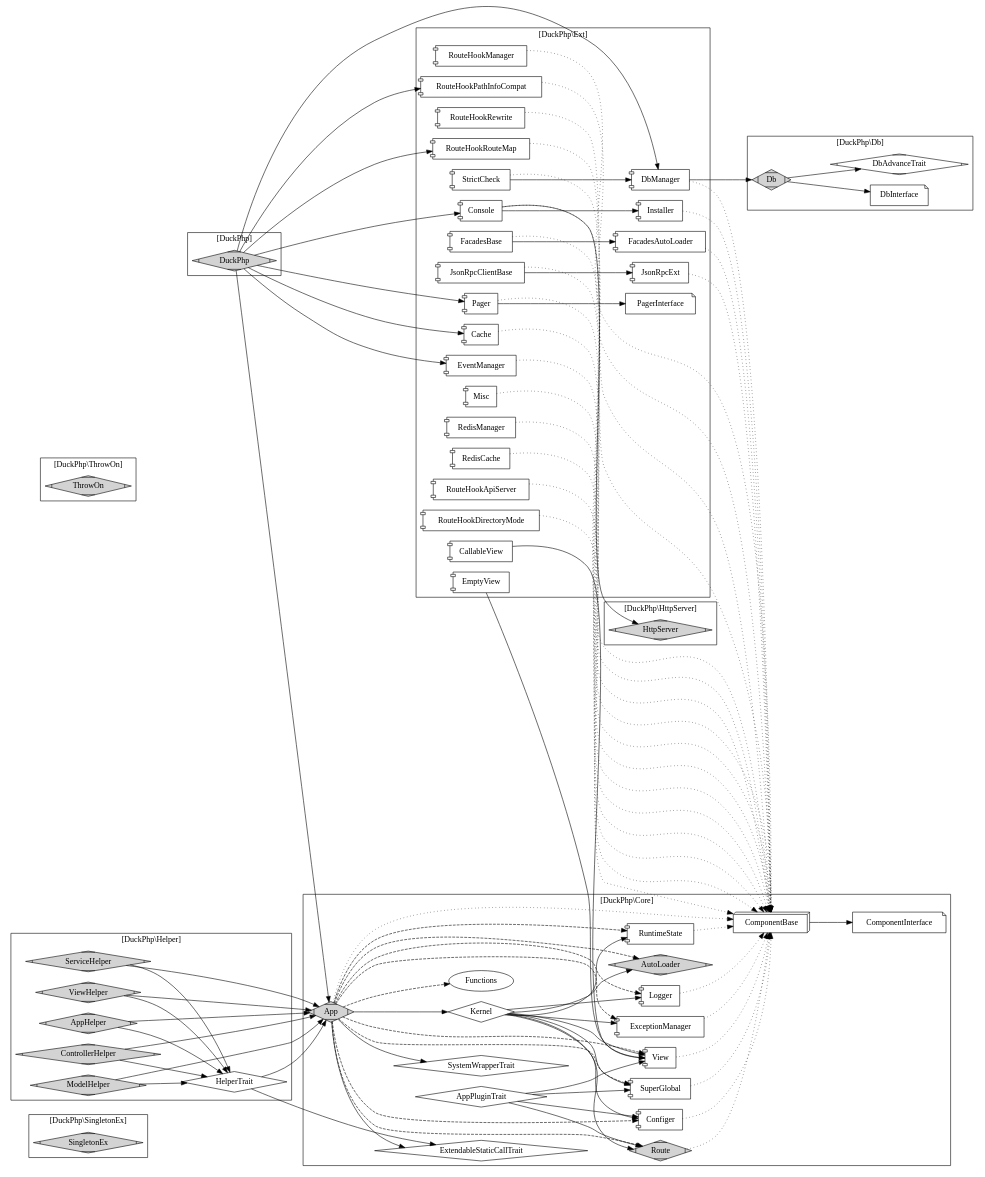
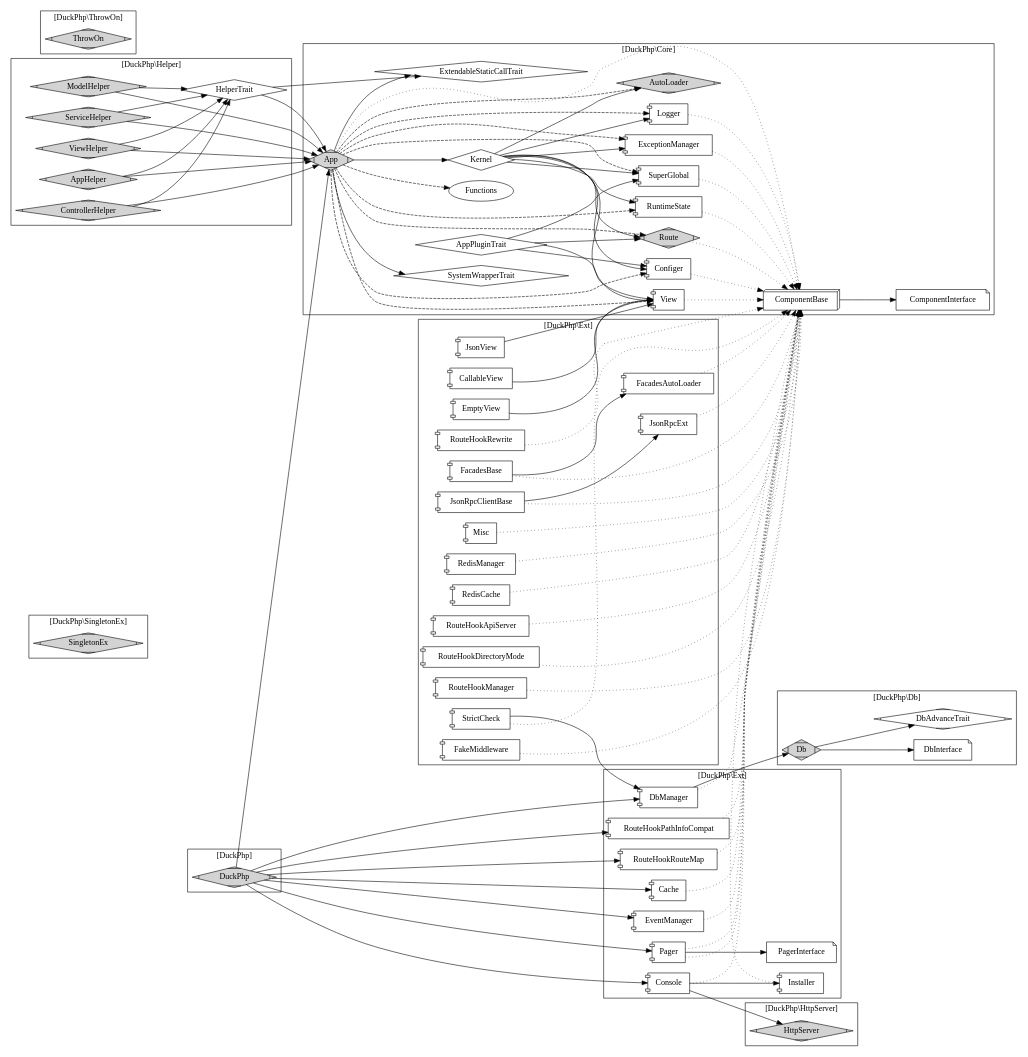
The diagram in doc/duckphp.gv (dvaknheo/duckphp), drawn with Graphviz before and after one commit. The commit also changed 6 other files, not shown here.

```diff
--- a/doc/duckphp.gv
+++ b/doc/duckphp.gv
@@ -118,39 +118,57 @@
     HttpServer [label="HttpServer";shape=Mdiamond;style=filled];
 }
 
+subgraph cluster_DefaultExt {
+    label = "[DuckPhp\\Ext]";
+
+    Cache[shape="component"];
+    Console[shape="component"];
+    DbManager[shape="component"];
+    EventManager[shape="component"];
+    Installer [shape="component"];
+    Pager[shape="component"];
+    PagerInterface [shape=note];
+    RouteHookPathInfoCompat[shape="component"];
+    RouteHookRouteMap[shape="component"];
+
+    Cache -> Core_ComponentBase [style="dotted"];
+    Console -> Core_ComponentBase [style="dotted"];
+    DbManager -> Core_ComponentBase [style="dotted"];
+    EventManager -> Core_ComponentBase [style="dotted"];
+    Installer -> Core_ComponentBase [style="dotted"];
+    Pager -> Core_ComponentBase [style="dotted"];
+    RouteHookPathInfoCompat -> Core_ComponentBase [style="dotted"];
+    RouteHookRouteMap -> Core_ComponentBase [style="dotted"];
+    
+    
+    Console -> Installer; 
+    Console -> HttpServer; 
+    DbManager -> Db_Db;
+
+    Pager -> PagerInterface; 
+}
 subgraph cluster_Ext {
     label = "[DuckPhp\\Ext]";
 
-    Cache[shape="component"];
     CallableView[shape="component"];
-    Console[shape="component"];
-    DbManager[shape="component"];
     EmptyView[shape="component"];
-    EventManager[shape="component"];
     FacadesAutoLoader[shape="component"];
     FacadesBase [shape="component"];
-    Installer [shape="component"];
+    FakeMiddleware [shape="component"];
     JsonRpcClientBase [shape="component"];
     JsonRpcExt[shape="component"];
+    JsonView[shape="component"];
     Misc[shape="component"];
-    Pager[shape="component"];
-    PagerInterface [shape=note];
     RedisManager[shape="component"];
     RedisCache[shape="component"];
     RouteHookApiServer[shape="component"];
     RouteHookDirectoryMode[shape="component"];
     RouteHookManager[shape="component"];
-    RouteHookPathInfoCompat[shape="component"];
     RouteHookRewrite[shape="component"];
-    RouteHookRouteMap[shape="component"];
     StrictCheck[shape="component"];
 
-    Cache -> Core_ComponentBase [style="dotted"];
-    Console -> Core_ComponentBase [style="dotted"];
-    DbManager -> Core_ComponentBase [style="dotted"];
-    EventManager -> Core_ComponentBase [style="dotted"];
     FacadesAutoLoader -> Core_ComponentBase [style="dotted"];
-    Installer -> Core_ComponentBase [style="dotted"];
+    FakeMiddleware -> Core_ComponentBase [style="dotted"];
     JsonRpcExt -> Core_ComponentBase [style="dotted"];
     Misc -> Core_ComponentBase [style="dotted"];
     Pager -> Core_ComponentBase [style="dotted"];
@@ -159,27 +177,22 @@
     RouteHookApiServer -> Core_ComponentBase [style="dotted"];
     RouteHookDirectoryMode -> Core_ComponentBase [style="dotted"];
     RouteHookManager -> Core_ComponentBase [style="dotted"];
-    RouteHookPathInfoCompat -> Core_ComponentBase [style="dotted"];
     RouteHookRewrite -> Core_ComponentBase [style="dotted"];
-    RouteHookRouteMap -> Core_ComponentBase [style="dotted"];
     StrictCheck -> Core_ComponentBase [style="dotted"];
     
     
     CallableView ->Core_View;
-    Console -> Installer; 
-    Console -> HttpServer; 
 
     EmptyView -> Core_View;
-    DbManager -> Db_Db;
     FacadesBase -> FacadesAutoLoader;
     FacadesBase -> Core_ComponentBase [style="dotted"];
     JsonRpcClientBase ->JsonRpcExt;
     JsonRpcClientBase -> Core_ComponentBase [style="dotted"];
+    JsonView -> Core_View;
+
     StrictCheck -> DbManager;
 
-    Pager -> PagerInterface; 
 }
-
 subgraph cluster_DuckPhp {
     label = "[DuckPhp]";
     node [style=filled];
```
